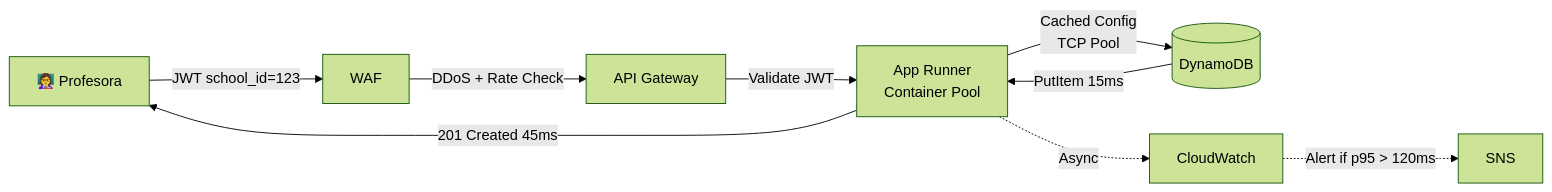
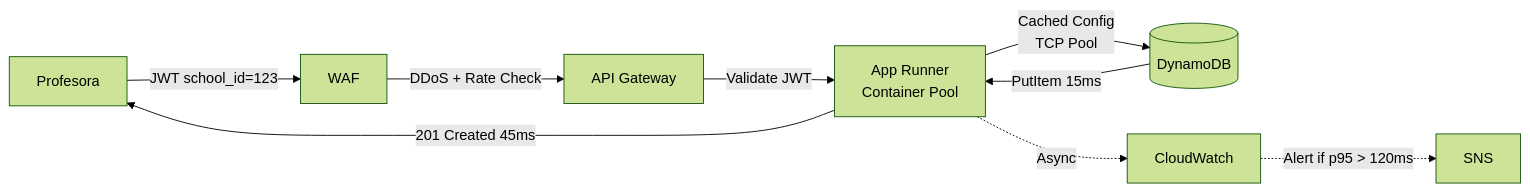
The second of 5 diagrams in README.md (fabzter/luca-home-assessment), drawn with Mermaid (forest theme) before and after one commit. The commit also changed other lines of this file, not shown here.

````diff
--- a/README.md
+++ b/README.md
@@ -114,12 +114,12 @@
 ```mermaid
 flowchart LR
-    Prof[👩‍🏫 Profesora] -->|JWT school_id=123| WAF[WAF]
+    Prof[Profesora] -->|JWT school_id=123| WAF[WAF]
     WAF -->|DDoS + Rate Check| APIG[API Gateway]
     APIG -->|Validate JWT| AppRunner[App Runner<br/>Container Pool]
     AppRunner -->|Cached Config<br/>TCP Pool| DDB[(DynamoDB)]
     DDB -->|PutItem 15ms| AppRunner
     AppRunner -->|201 Created 45ms| Prof
     
     AppRunner -.->|Async| CW[CloudWatch]
     CW -.->|Alert if p95 > 120ms| SNS[SNS]
 ```
````
